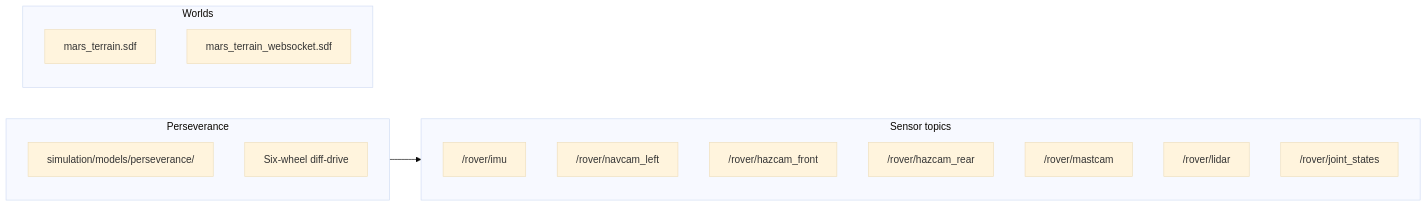
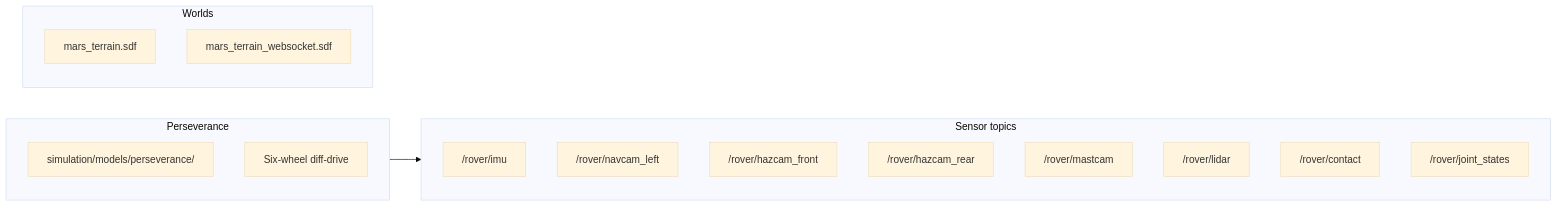
Before and after one commit to Snehal707/Hermes-mars-rover-NASA-Perseverance-: the diagram in README.md, drawn with Mermaid (base theme). The commit also changed other lines of this file, not shown here.

Commit message:
README: add rover tools list and /rover/contact sensor

````diff
--- a/README.md
+++ b/README.md
@@ -69,21 +69,22 @@
 ```mermaid
 flowchart LR
   subgraph pers [Perseverance]
     path["simulation/models/perseverance/"]
     drive[Six-wheel diff-drive]
   end
   subgraph topics [Sensor topics]
     imu["/rover/imu"]
     navcam["/rover/navcam_left"]
     hazcam_f["/rover/hazcam_front"]
     hazcam_r["/rover/hazcam_rear"]
     mastcam["/rover/mastcam"]
     lidar["/rover/lidar"]
+    contact["/rover/contact"]
     joints["/rover/joint_states"]
   end
   subgraph worlds [Worlds]
     local[mars_terrain.sdf]
     remote[mars_terrain_websocket.sdf]
   end
   pers --> topics
 ```
````
